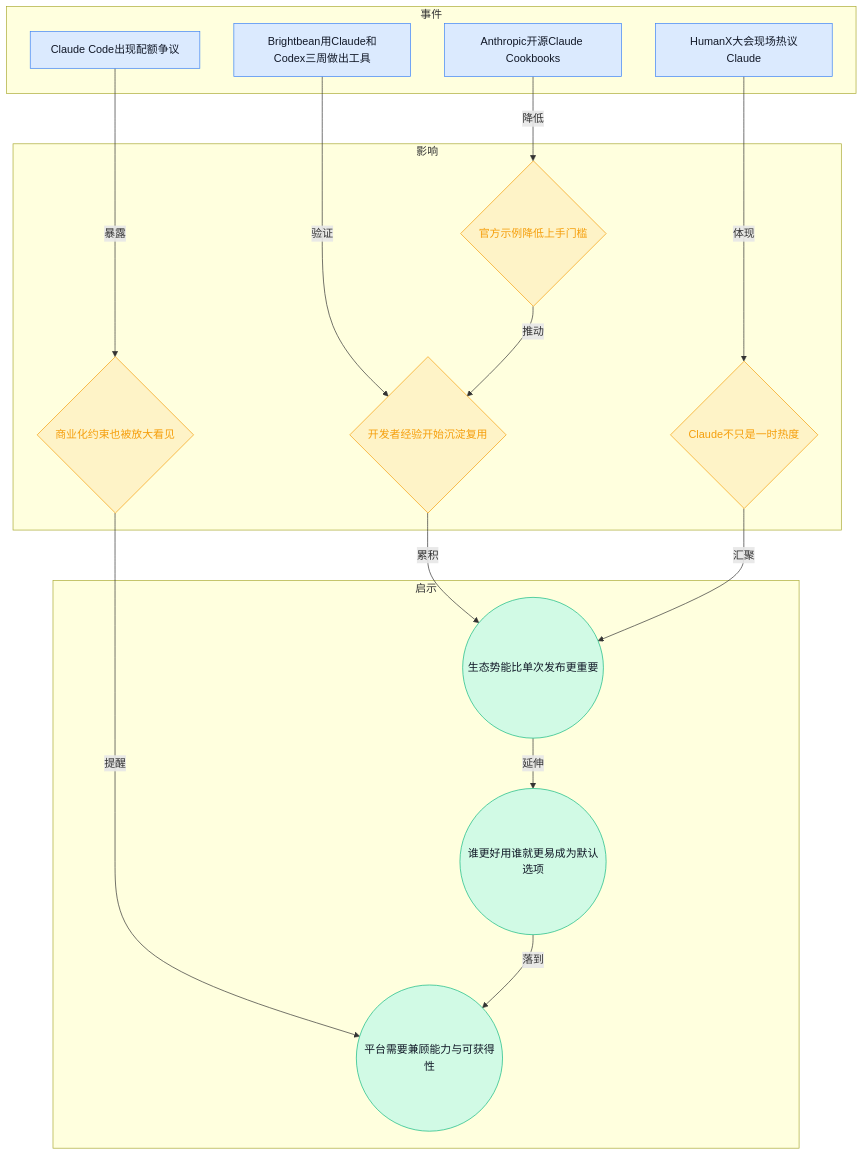
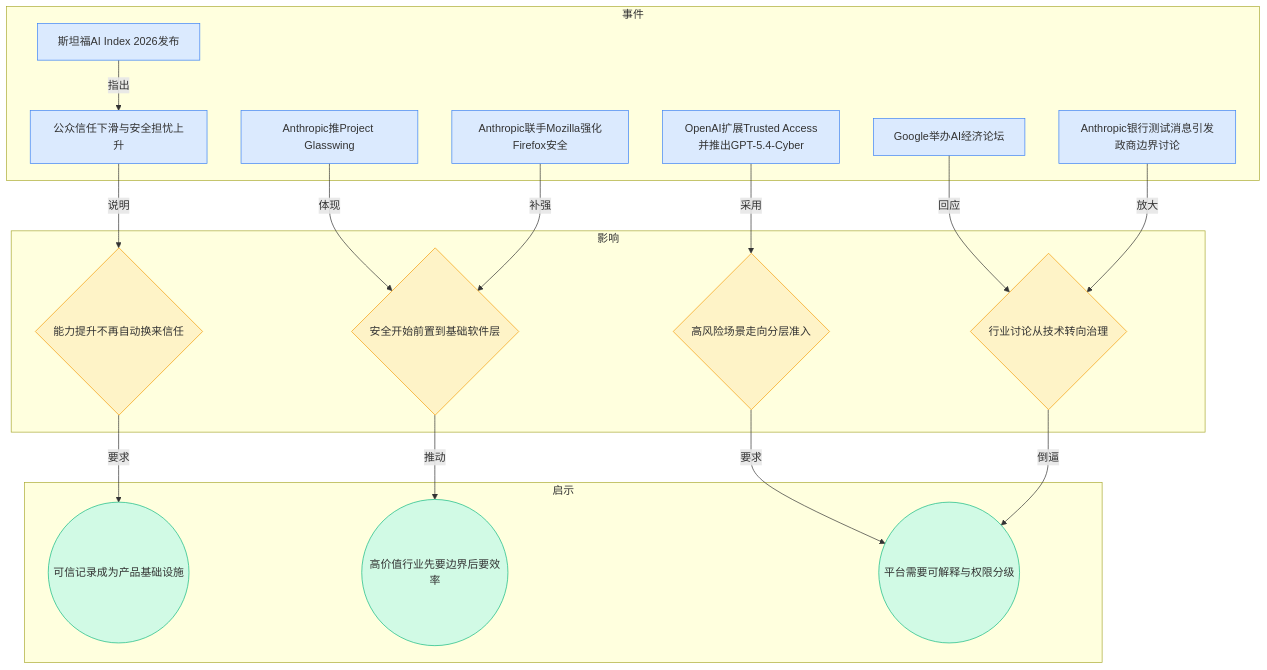
One commit to ylzsdafei/ai-daily-site changed the fourth of 8 diagrams in content/cn/blog/weekly/2026-W16.md. Above: the diagram before and after it, drawn with Mermaid. The commit also changed other lines of this file and 6 other files, not shown here.

````diff
--- a/content/cn/blog/weekly/2026-W16.md
+++ b/content/cn/blog/weekly/2026-W16.md
@@ -95,36 +103,40 @@
 ```mermaid
 graph TD
 subgraph 事件
-A[HumanX大会现场热议Claude]
-B[Anthropic开源Claude Cookbooks]
-C[Brightbean用Claude和Codex三周做出工具]
-D[Claude Code出现配额争议]
+A[斯坦福AI Index 2026发布]
+B[公众信任下滑与安全担忧上升]
+C[Google举办AI经济论坛]
+D[Anthropic推Project Glasswing]
+E[Anthropic联手Mozilla强化Firefox安全]
+F[OpenAI扩展Trusted Access并推出GPT-5.4-Cyber]
+G[Anthropic银行测试消息引发政商边界讨论]
 end
 subgraph 影响
-E{Claude不只是一时热度}
-F{官方示例降低上手门槛}
-G{开发者经验开始沉淀复用}
-H{商业化约束也被放大看见}
+H{能力提升不再自动换来信任}
+I{安全开始前置到基础软件层}
+J{高风险场景走向分层准入}
+K{行业讨论从技术转向治理}
 end
 subgraph 启示
-I((生态势能比单次发布更重要))
-J((谁更好用谁就更易成为默认选项))
-K((平台需要兼顾能力与可获得性))
+L((可信记录成为产品基础设施))
+M((高价值行业先要边界后要效率))
+N((平台需要可解释与权限分级))
 end
-A -->|体现| E
-B -->|降低| F
-C -->|验证| G
-D -->|暴露| H
-F -->|推动| G
-G -->|累积| I
-E -->|汇聚| I
-H -->|提醒| K
-I -->|延伸| J
-J -->|落到| K
-classDef blue fill:#dbeafe,stroke:#3b82f6,color:#111827
-classDef yellow fill:#fef3c7,stroke:#f59e0b,color:#f59e0b
-classDef green fill:#d1fae5,stroke:#10b981,color:#111827
-class A,B,C,D blue
-class E,F,G,H yellow
-class I,J,K green
+A -->|指出| B
+B -->|说明| H
+C -->|回应| K
+D -->|体现| I
+E -->|补强| I
+F -->|采用| J
+G -->|放大| K
+H -->|要求| L
+I -->|推动| M
+J -->|要求| N
+K -->|倒逼| N
+classDef blue fill:#dbeafe,stroke:#3b82f6
+classDef yellow fill:#fef3c7,stroke:#f59e0b
+classDef green fill:#d1fae5,stroke:#10b981
+class A,B,C,D,E,F,G blue
+class H,I,J,K yellow
+class L,M,N green
 ```
````
